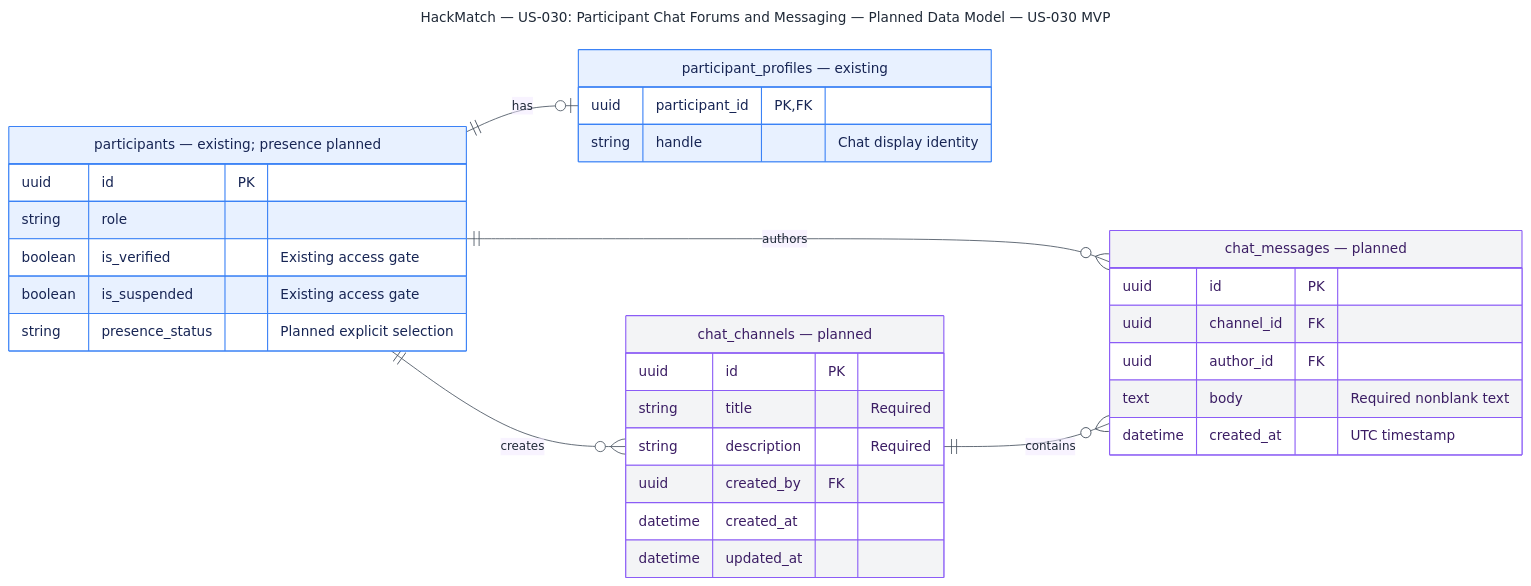
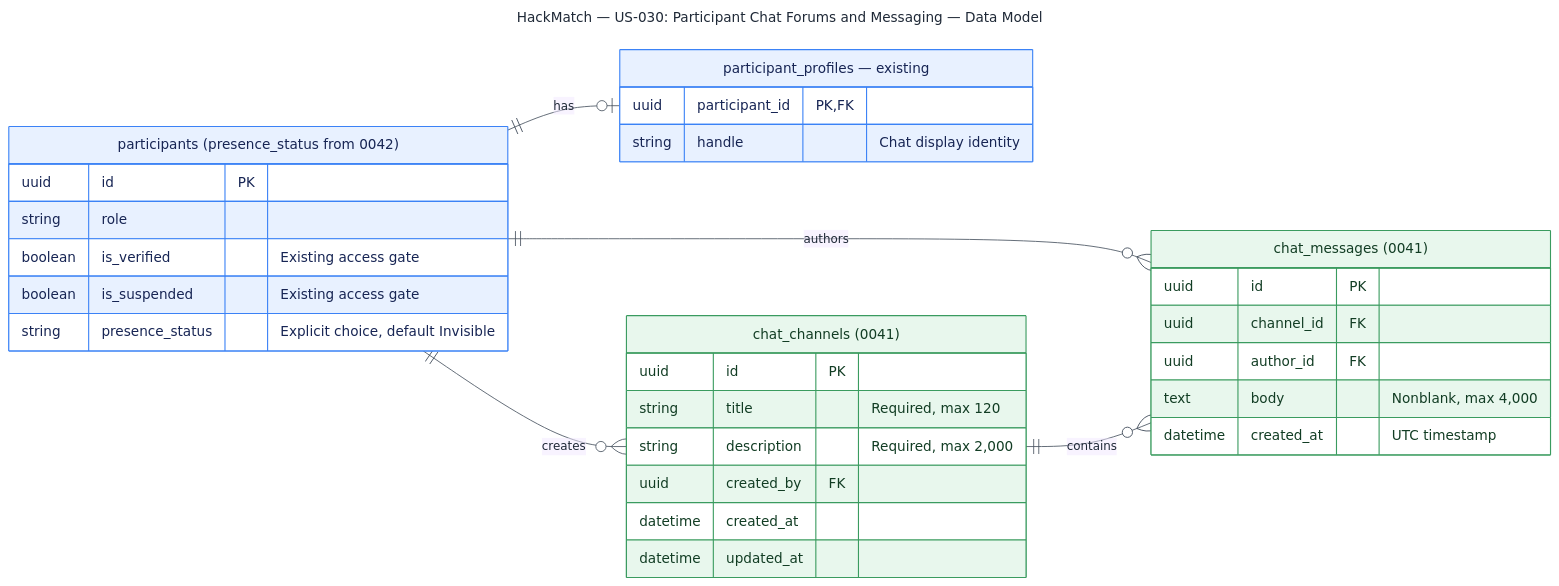
The diagram in docs/diagrams/US-030/US-030-chat-data-model.mmd (comp313-g1/HackMatch), drawn with Mermaid before and after one commit. The commit also changed 54 other files, not shown here.

Commit message:
docs(diagrams): add US-035 and align engineering diagrams (#450)

```diff
--- a/docs/diagrams/US-030/US-030-chat-data-model.mmd
+++ b/docs/diagrams/US-030/US-030-chat-data-model.mmd
@@ -1,46 +1,46 @@
 ---
-title: "HackMatch — US-030: Participant Chat Forums and Messaging — Planned Data Model — US-030 MVP"
+title: "HackMatch — US-030: Participant Chat Forums and Messaging — Data Model"
 ---
 %%{init: {"theme":"base","themeVariables":{"background":"#ffffff","primaryColor":"#e8f1ff","primaryTextColor":"#1f2937","primaryBorderColor":"#3b82f6","lineColor":"#4b5563","tertiaryColor":"#f1e8ff","fontFamily":"Arial, sans-serif"},"er":{"useMaxWidth":true,"diagramPadding":24,"layoutDirection":"LR","minEntityWidth":280,"minEntityHeight":75,"entityPadding":16,"stroke":"#4b5563","fill":"#ffffff","fontSize":14}}}%%
 erDiagram
     direction LR
 
     PARTICIPANT ||--o| PROFILE : has
     PARTICIPANT ||--o{ CHAT_CHANNEL : creates
     PARTICIPANT ||--o{ CHAT_MESSAGE : authors
     CHAT_CHANNEL ||--o{ CHAT_MESSAGE : contains
 
-    PARTICIPANT["participants — existing; presence planned"] {
+    PARTICIPANT["participants (presence_status from 0042)"] {
         uuid id PK
         string role
         boolean is_verified "Existing access gate"
         boolean is_suspended "Existing access gate"
-        string presence_status "Planned explicit selection"
+        string presence_status "Explicit choice, default Invisible"
     }
 
     PROFILE["participant_profiles — existing"] {
         uuid participant_id PK, FK
         string handle "Chat display identity"
     }
 
-    CHAT_CHANNEL["chat_channels — planned"] {
+    CHAT_CHANNEL["chat_channels (0041)"] {
         uuid id PK
-        string title "Required"
-        string description "Required"
+        string title "Required, max 120"
+        string description "Required, max 2,000"
         uuid created_by FK
         datetime created_at
         datetime updated_at
     }
 
-    CHAT_MESSAGE["chat_messages — planned"] {
+    CHAT_MESSAGE["chat_messages (0041)"] {
         uuid id PK
         uuid channel_id FK
         uuid author_id FK
-        text body "Required nonblank text"
+        text body "Nonblank, max 4,000"
         datetime created_at "UTC timestamp"
     }
 
     classDef identity fill:#e8f1ff,stroke:#3b82f6,color:#172554
-    classDef planned fill:#f3f4f6,stroke:#8b5cf6,color:#3b1d64
+    classDef persistence fill:#e8f7ed,stroke:#3a9b5f,color:#123d24
     class PARTICIPANT,PROFILE identity
-    class CHAT_CHANNEL,CHAT_MESSAGE planned
+    class CHAT_CHANNEL,CHAT_MESSAGE persistence
```
